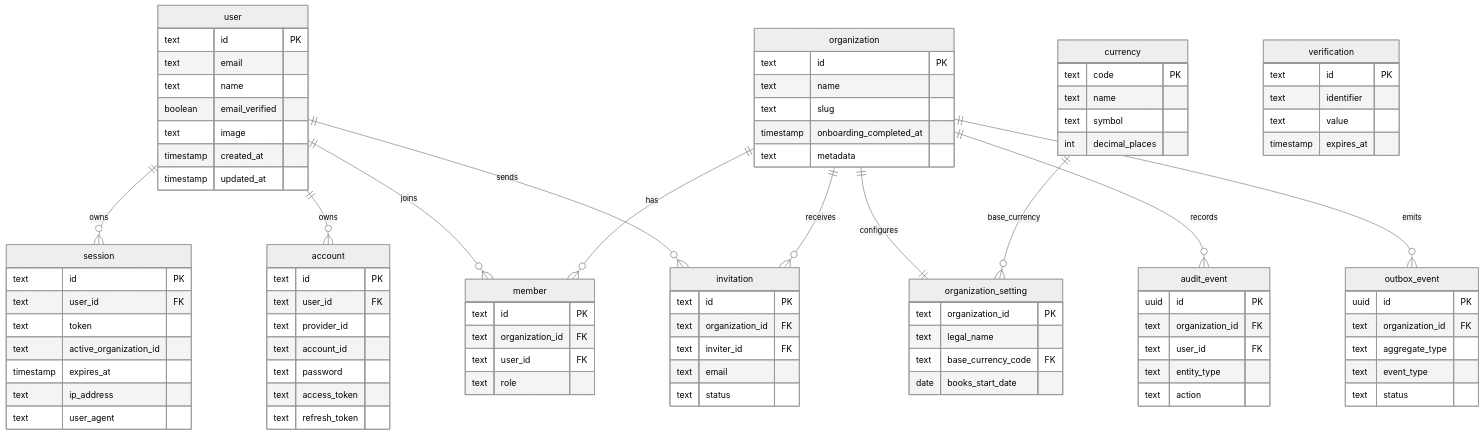
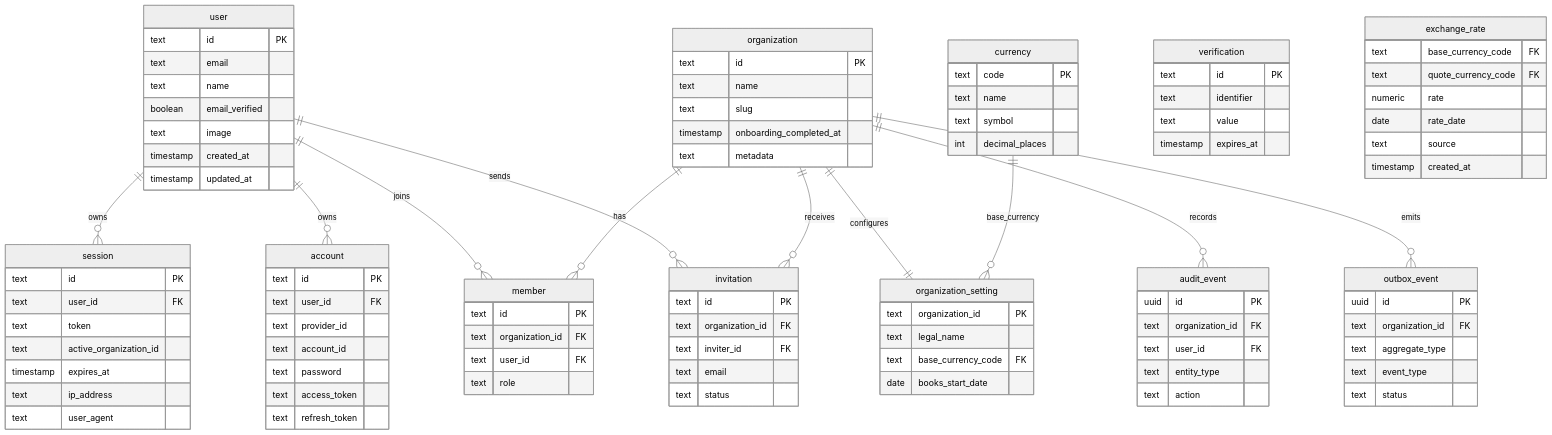
One commit to isherbuilds/edernal-books changed the first of 3 diagrams in packages/db/ARCHITECTURE.md. Above: the diagram before and after it, drawn with Mermaid (neutral theme). The commit also changed other lines of this file and 110 other files, not shown here.

```diff
--- a/packages/db/ARCHITECTURE.md
+++ b/packages/db/ARCHITECTURE.md
@@ -80,6 +80,14 @@
     text symbol
     int decimal_places
   }
+  exchange_rate {
+    text base_currency_code FK
+    text quote_currency_code FK
+    numeric rate
+    date rate_date
+    text source
+    timestamp created_at
+  }
   organization_setting {
     text organization_id PK
     text legal_name
```
